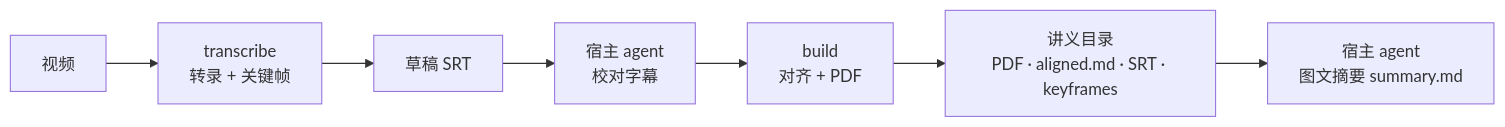
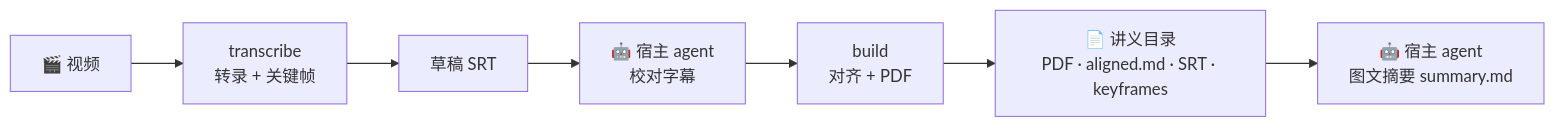
The diagram in README.md (luolin1024/chalkpress-skill), drawn with Mermaid before and after one commit. The commit also changed other lines of this file and 3 other files, not shown here.

````diff
--- a/README.md
+++ b/README.md
@@ -9,9 +95,9 @@
 ```mermaid
 graph LR
-    A[视频] --> T[transcribe<br>转录 + 关键帧]
+    A[🎬 视频] --> T[transcribe<br>转录 + 关键帧]
     T --> D[草稿 SRT]
-    D --> P[宿主 agent<br>校对字幕]
+    D --> P[🤖 宿主 agent<br>校对字幕]
     P --> B[build<br>对齐 + PDF]
-    B --> H[讲义目录<br>PDF · aligned.md · SRT · keyframes]
-    H --> S[宿主 agent<br>图文摘要 summary.md]
+    B --> H[📄 讲义目录<br>PDF · aligned.md · SRT · keyframes]
+    H --> S[🤖 宿主 agent<br>图文摘要 summary.md]
 ```
````
